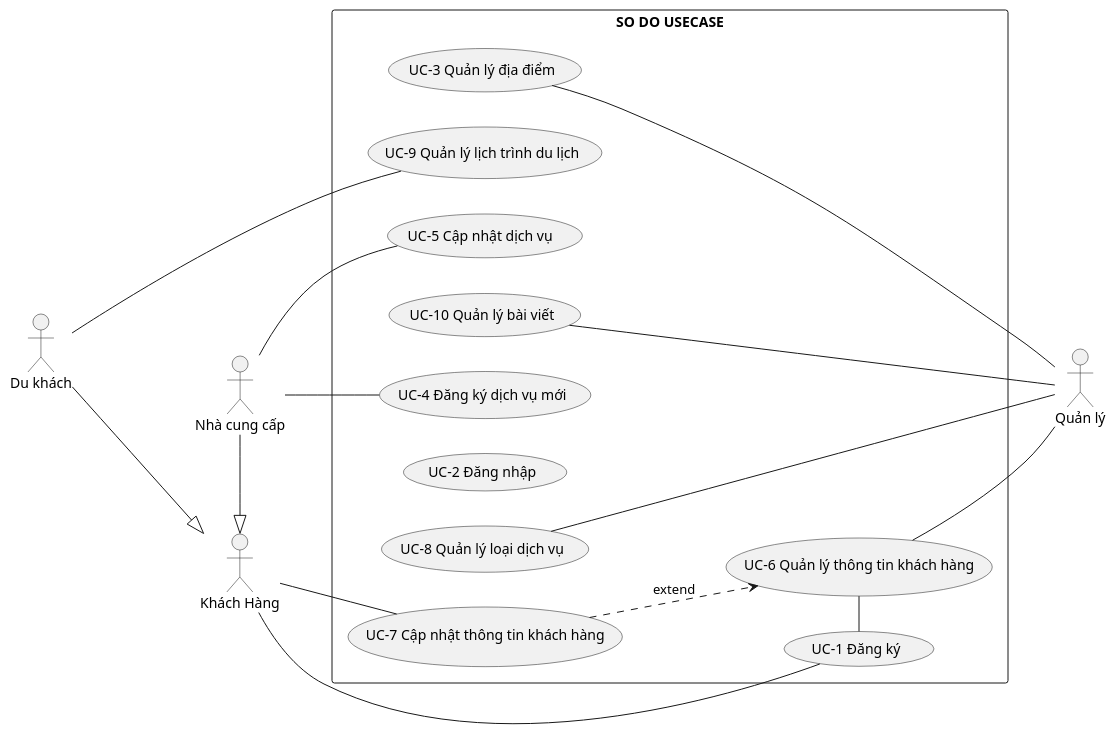
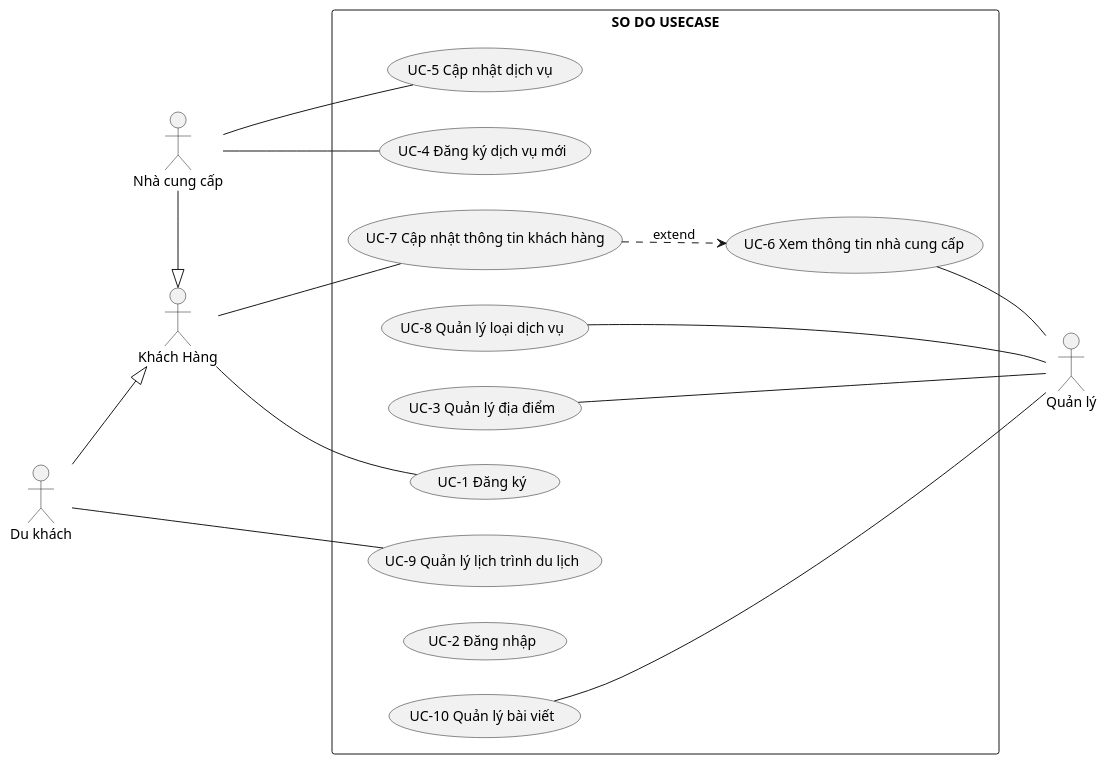
The diagram in PlanUML/UseCase.puml (TranTan-Dat/LV_DuLichDienTu), drawn with PlantUML before and after one commit. The commit also changed 42 other files, not shown here.

```diff
--- a/PlanUML/UseCase.puml
+++ b/PlanUML/UseCase.puml
@@ -1,51 +1,51 @@
 @startuml SoDoUC
 left to right direction
 actor "Quản lý" as QL
 actor "Khách Hàng" as KH
 actor "Nhà cung cấp" as NCC
 actor "Du khách" as DKhach
 
 
 rectangle  "SO DO USECASE"{
   usecase "UC-8 Quản lý loại dịch vụ" as QLLDV
   usecase "UC-3 Quản lý địa điểm" as QLDD
   ' usecase "UC-9 Quản lý thông tin " as QLTTDD
 
   usecase "UC-4 Đăng ký dịch vụ mới" as Them_TTDD
   usecase "UC-5 Cập nhật dịch vụ " as CapNhat_TTDD
   usecase "UC-7 Cập nhật thông tin khách hàng" as CapNhat_TTKH
 
-  usecase "UC-6 Quản lý thông tin khách hàng" as QLTTKH
+  usecase "UC-6 Xem thông tin nhà cung cấp" as QLTTKH
   usecase "UC-1 Đăng ký" as DKy
-  usecase "UC-2 Đăng nhập" as DNhapz
+  usecase "UC-2 Đăng nhập" as DNhap
   usecase "UC-9 Quản lý lịch trình du lịch" as QLCD
   
   usecase "UC-10 Quản lý bài viết" as QLBV
 
   
   ' chỗ nay nhà cung cấp và du khách đều dùng quản lý lịch trình du lịch
 }
 
-QLTTKH - DKy
+
 CapNhat_TTKH ..> QLTTKH : extend
 
 KH -- CapNhat_TTKH
 KH --- DKy
 
 QLDD -- QL
 QLTTKH -- QL
 QLLDV - QL
 QLBV -- QL
 
 
 NCC -|> KH
 
-DKhach ---|> KH
+DKhach --|> KH
 
 NCC - CapNhat_TTDD
 NCC - Them_TTDD
 
 
-DKhach -- QLCD
+DKhach - QLCD
 
 @enduml
```
